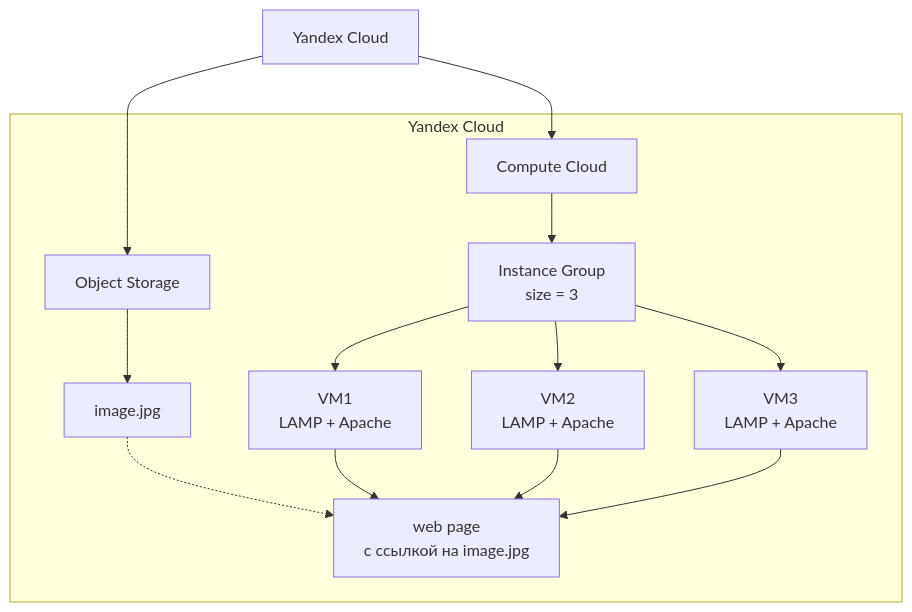
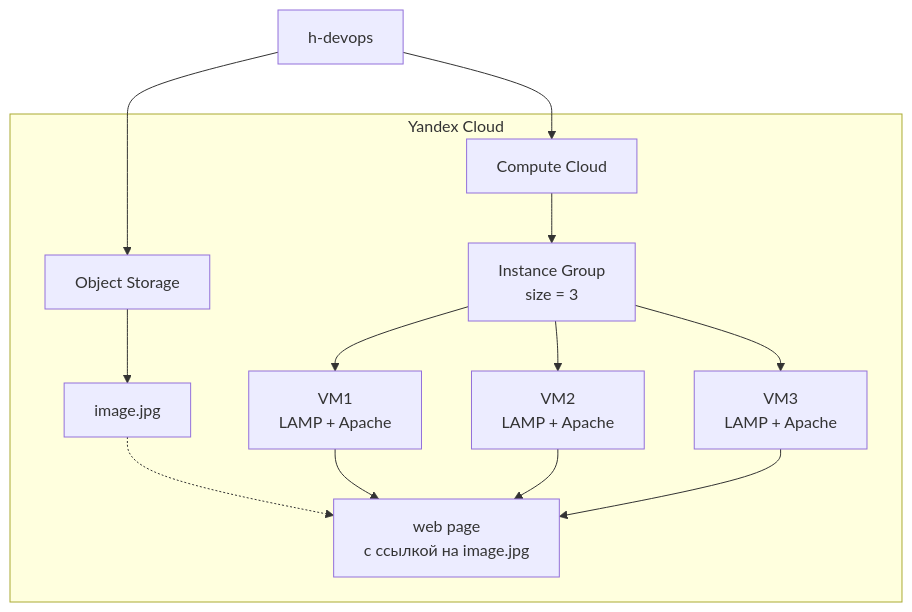
One commit to radiomost/netology changed the first of 2 diagrams in README.md. Above: the diagram before and after it, drawn with Mermaid. The commit also changed other lines of this file and 24 other files, not shown here.

````diff
--- a/README.md
+++ b/README.md
@@ -186,33 +186,33 @@
 ```mermaid
 graph TD
-    YC[Yandex Cloud]
+    YC[h-devops]
 
     subgraph Yandex Cloud
         OS[Object Storage]
         CC[Compute Cloud]
 
         IMG[image.jpg]
         IG[Instance Group<br/>size = 3]
 
         VM1[VM1<br/>LAMP + Apache]
         VM2[VM2<br/>LAMP + Apache]
         VM3[VM3<br/>LAMP + Apache]
 
         WEB[web page<br/>с ссылкой на image.jpg]
     end
 
     YC --> OS
     YC --> CC
 
     OS --> IMG
     CC --> IG
 
     IG --> VM1
     IG --> VM2
     IG --> VM3
 
     IMG -.-> WEB
     VM1 --> WEB
     VM2 --> WEB
     VM3 --> WEB
 ```
````
